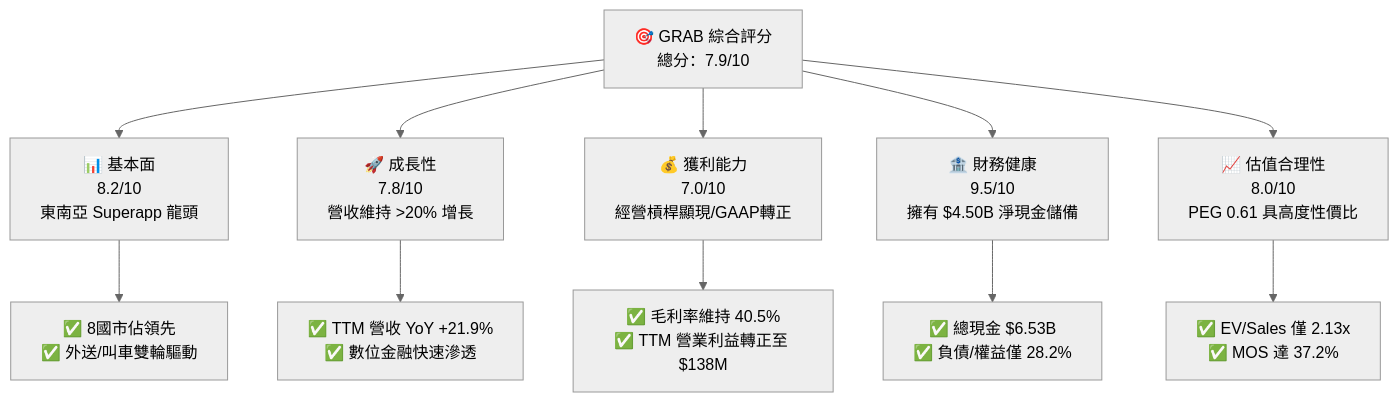
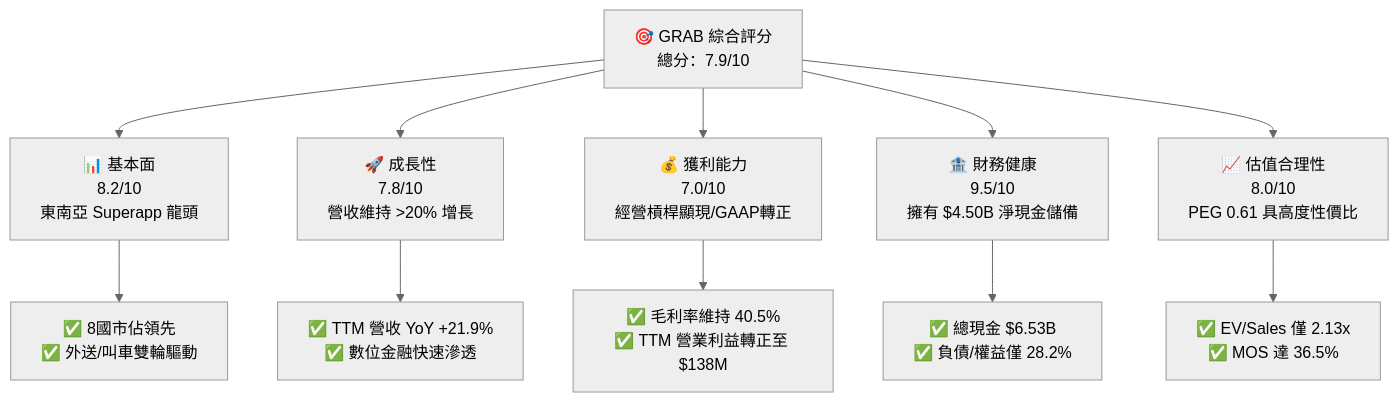
One commit to yennanliu/finance_data changed the first of 16 diagrams in ai_gen_report/fundamental/grab/fundamental_analysis_2026-10-18_gemini.md. Above: the diagram before and after it, drawn with Mermaid (neutral theme). The commit also changed other lines of this file and 339 other files, not shown here.

````diff
--- a/ai_gen_report/fundamental/grab/fundamental_analysis_2026-10-18_gemini.md
+++ b/ai_gen_report/fundamental/grab/fundamental_analysis_2026-10-18_gemini.md
@@ -58,22 +65,22 @@
 ```mermaid
 graph TD
     GRAB["🎯 GRAB 綜合評分<br/>總分：7.9/10"]
 
     F["📊 基本面<br/>8.2/10<br/>東南亞 Superapp 龍頭"]
     G["🚀 成長性<br/>7.8/10<br/>營收維持 >20% 增長"]
     P["💰 獲利能力<br/>7.0/10<br/>經營槓桿顯現/GAAP轉正"]
     B["🏦 財務健康<br/>9.5/10<br/>擁有 $4.50B 淨現金儲備"]
     V["📈 估值合理性<br/>8.0/10<br/>PEG 0.61 具高度性價比"]
 
     GRAB --> F
     GRAB --> G
     GRAB --> P
     GRAB --> B
     GRAB --> V
 
     F --> F1["✅ 8國市佔領先<br/>✅ 外送/叫車雙輪驅動"]
     G --> G1["✅ TTM 營收 YoY +21.9%<br/>✅ 數位金融快速滲透"]
     P --> P1["✅ 毛利率維持 40.5%<br/>✅ TTM 營業利益轉正至 $138M"]
     B --> B1["✅ 總現金 $6.53B<br/>✅ 負債/權益僅 28.2%"]
-    V --> V1["✅ EV/Sales 僅 2.13x<br/>✅ MOS 達 37.2%"]
+    V --> V1["✅ EV/Sales 僅 2.13x<br/>✅ MOS 達 36.5%"]
 ```
````
